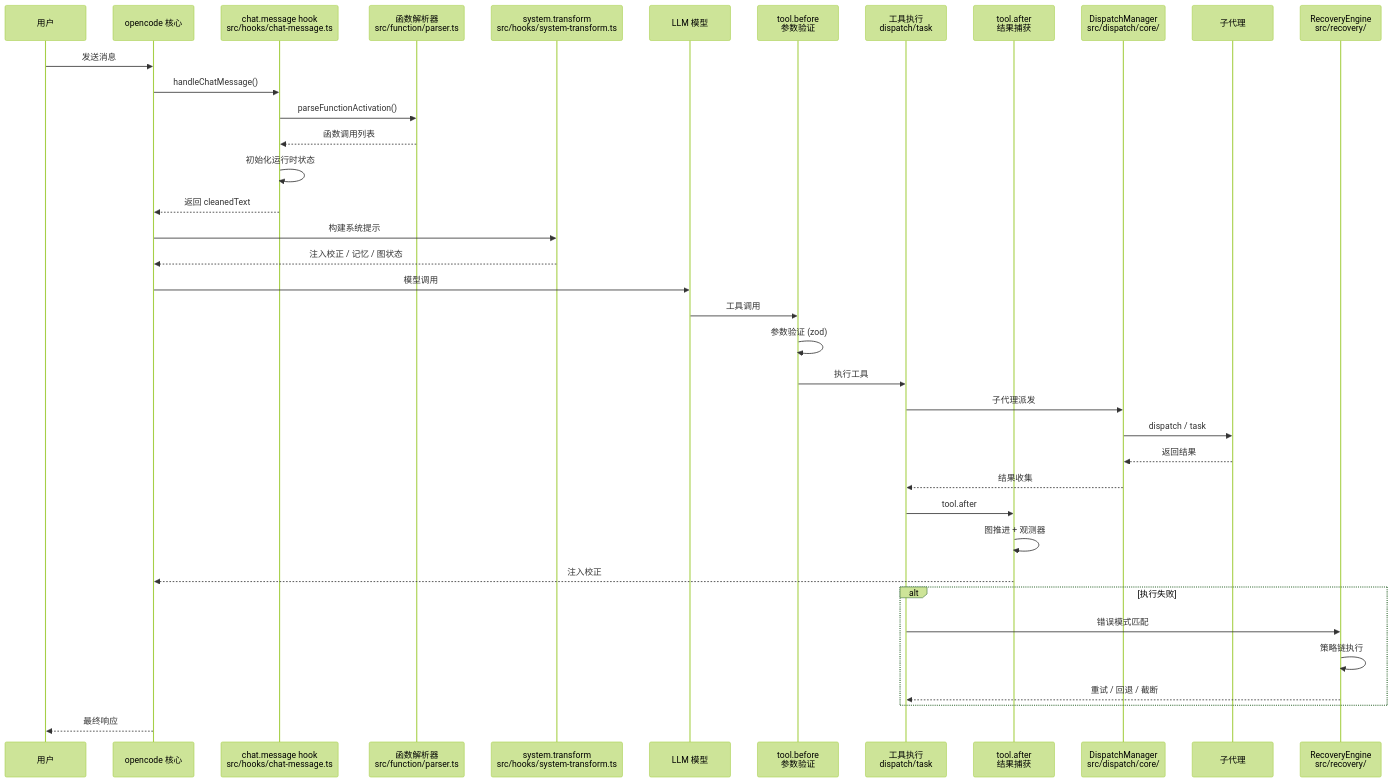
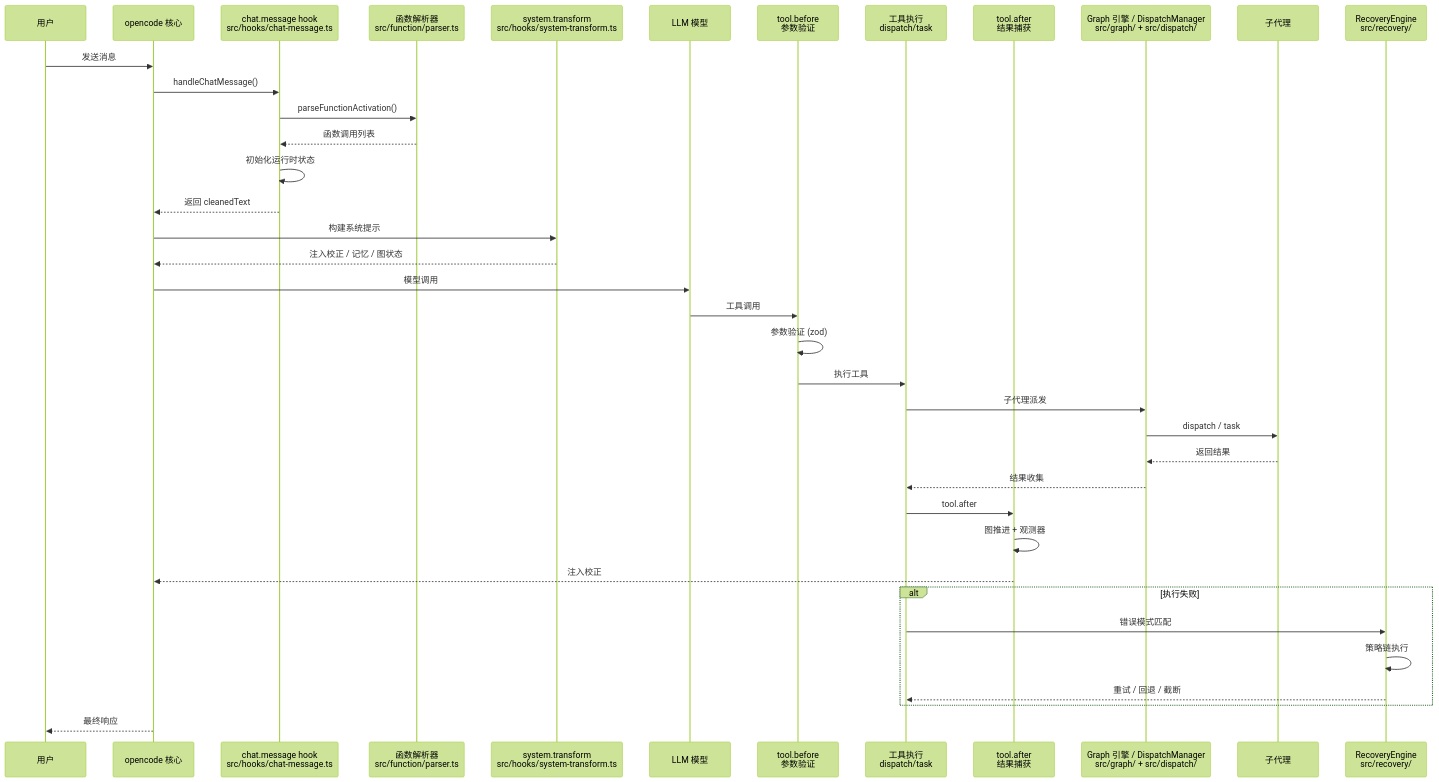
One commit to EricMoin/rolebox-docs changed the second of 2 diagrams in docs/01-Overview/processing-pipeline.md. Above: the diagram before and after it, drawn with Mermaid (forest theme). The commit also changed other lines of this file and 13 other files, not shown here.

Commit message:
docs: align docs with v2 graph engine (dispatch to graph/task, collaboration rename)

````diff
--- a/docs/01-Overview/processing-pipeline.md
+++ b/docs/01-Overview/processing-pipeline.md
@@ -55,43 +57,43 @@
 ```mermaid
 sequenceDiagram
     participant User as 用户
     participant OP as opencode 核心
     participant CM as chat.message hook<br/>src/hooks/chat-message.ts
     participant FP as 函数解析器<br/>src/function/parser.ts
     participant ST as system.transform<br/>src/hooks/system-transform.ts
     participant MDL as LLM 模型
     participant TB as tool.before<br/>参数验证
     participant TK as 工具执行<br/>dispatch/task
     participant TA as tool.after<br/>结果捕获
-    participant DM as DispatchManager<br/>src/dispatch/core/
+    participant DM as Graph 引擎 / DispatchManager<br/>src/graph/ + src/dispatch/
     participant SA as 子代理
     participant REC as RecoveryEngine<br/>src/recovery/
 
     User->>OP: 发送消息
     OP->>CM: handleChatMessage()
     CM->>FP: parseFunctionActivation()
     FP-->>CM: 函数调用列表
     CM->>CM: 初始化运行时状态
     CM-->>OP: 返回 cleanedText
     OP->>ST: 构建系统提示
     ST-->>OP: 注入校正 / 记忆 / 图状态
     OP->>MDL: 模型调用
     MDL->>TB: 工具调用
     TB->>TB: 参数验证 (zod)
     TB->>TK: 执行工具
     TK->>DM: 子代理派发
     DM->>SA: dispatch / task
     SA-->>DM: 返回结果
     DM-->>TK: 结果收集
     TK->>TA: tool.after
     TA->>TA: 图推进 + 观测器
     TA-->>OP: 注入校正
 
     alt 执行失败
         TK->>REC: 错误模式匹配
         REC->>REC: 策略链执行
         REC-->>TK: 重试 / 回退 / 截断
     end
 
     OP-->>User: 最终响应
 ```
````
